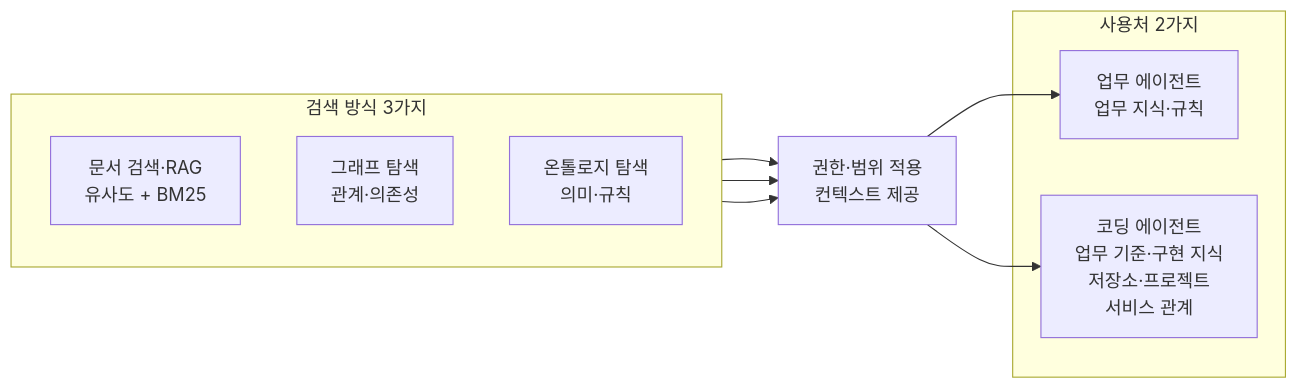
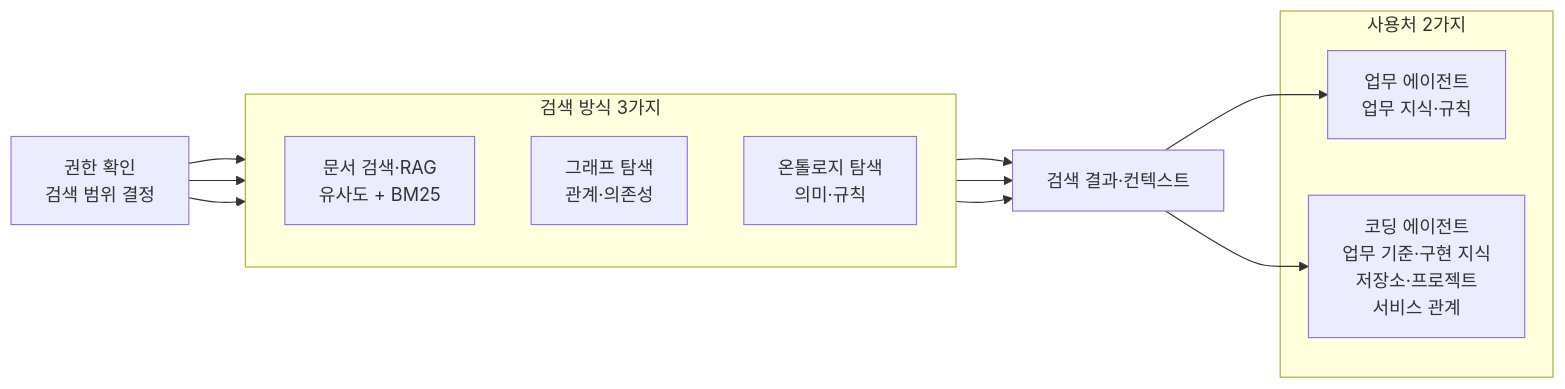
One commit to haandol/haandol.github.com changed the fourth of 7 diagrams in _posts/2026-11-05-enterprise-wide-ax-essentials.md. Above: the diagram before and after it, drawn with Mermaid. The commit also changed other lines of this file and 1 other file, not shown here.

````diff
--- a/_posts/2026-11-05-enterprise-wide-ax-essentials.md
+++ b/_posts/2026-11-05-enterprise-wide-ax-essentials.md
@@ -115,18 +154,22 @@
 ```mermaid
 flowchart LR
+  P["권한 확인<br/>검색 범위 결정"]
   subgraph K["검색 방식 3가지"]
     direction TB
     R["문서 검색·RAG<br/>유사도 + BM25"]
     G["그래프 탐색<br/>관계·의존성"]
     O["온톨로지 탐색<br/>의미·규칙"]
   end
-  R --> C["권한·범위 적용<br/>컨텍스트 제공"]
+  P --> R
+  P --> G
+  P --> O
+  R --> C["검색 결과·컨텍스트"]
   G --> C
   O --> C
   subgraph U["사용처 2가지"]
     B["업무 에이전트<br/>업무 지식·규칙"]
     D["코딩 에이전트<br/>업무 기준·구현 지식<br/>저장소·프로젝트<br/>서비스 관계"]
   end
   C --> B
   C --> D
 ```
````
